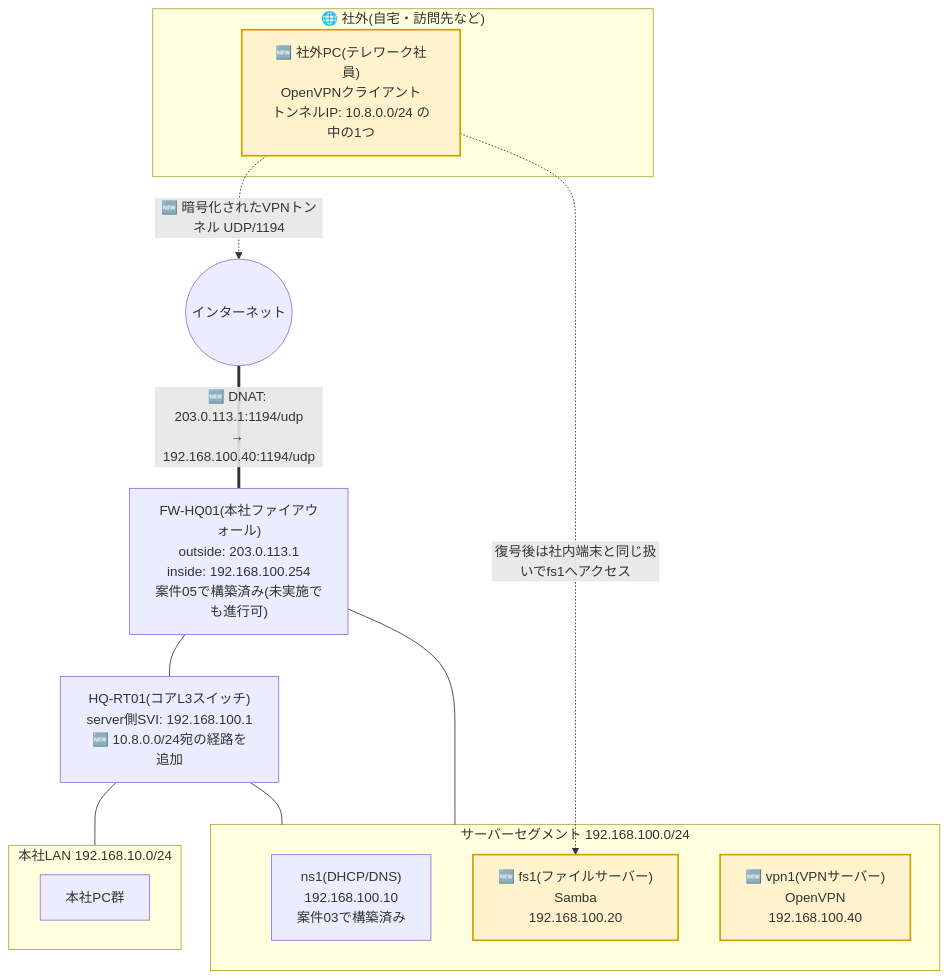
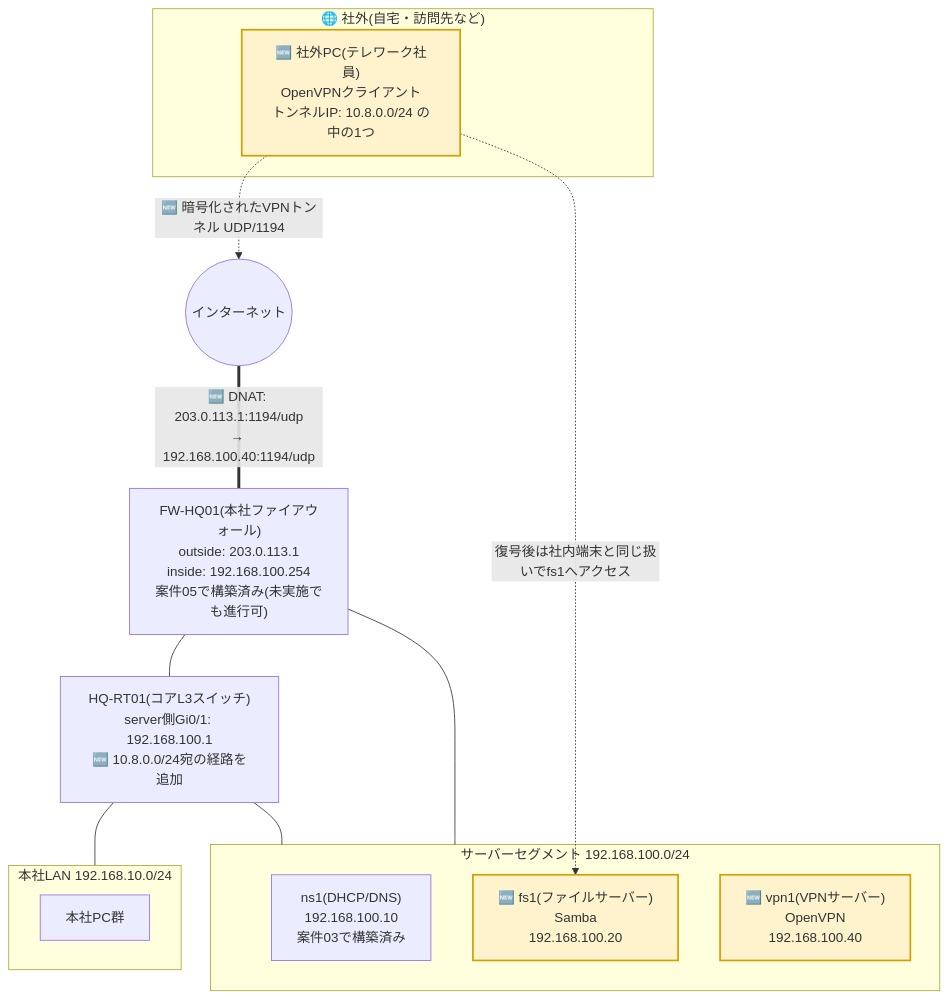
The diagram in projects/case07_file_remote_access/README.md (ns7jp/network), drawn with Mermaid before and after one commit. The commit also changed other lines of this file and 4 other files, not shown here.

````diff
--- a/projects/case07_file_remote_access/README.md
+++ b/projects/case07_file_remote_access/README.md
@@ -94,33 +94,33 @@
 ```mermaid
 graph TB
     subgraph EXT["🌐 社外(自宅・訪問先など)"]
         RC["🆕 社外PC(テレワーク社員)<br/>OpenVPNクライアント<br/>トンネルIP: 10.8.0.0/24 の中の1つ"]
     end
 
     INET((インターネット))
 
     FW["FW-HQ01(本社ファイアウォール)<br/>outside: 203.0.113.1<br/>inside: 192.168.100.254<br/>案件05で構築済み(未実施でも進行可)"]
 
     subgraph SRVSEG["サーバーセグメント 192.168.100.0/24"]
         DHCPDNS["ns1(DHCP/DNS)<br/>192.168.100.10<br/>案件03で構築済み"]
         FS["🆕 fs1(ファイルサーバー)<br/>Samba<br/>192.168.100.20"]
         VPNSV["🆕 vpn1(VPNサーバー)<br/>OpenVPN<br/>192.168.100.40"]
     end
 
-    HQRT["HQ-RT01(コアL3スイッチ)<br/>server側SVI: 192.168.100.1<br/>🆕 10.8.0.0/24宛の経路を追加"]
+    HQRT["HQ-RT01(コアL3スイッチ)<br/>server側Gi0/1: 192.168.100.1<br/>🆕 10.8.0.0/24宛の経路を追加"]
 
     subgraph HQLAN["本社LAN 192.168.10.0/24"]
         PC["本社PC群"]
     end
 
     RC -.->|"🆕 暗号化されたVPNトンネル UDP/1194"| INET
     INET ===|"🆕 DNAT: 203.0.113.1:1194/udp<br/>→ 192.168.100.40:1194/udp"| FW
     FW --- SRVSEG
     FW --- HQRT
     HQRT --- HQLAN
     HQRT --- SRVSEG
     RC -.->|"復号後は社内端末と同じ扱いでfs1へアクセス"| FS
 
     classDef newnode fill:#fff3cd,stroke:#d39e00,stroke-width:2px,color:#333;
     class RC,FS,VPNSV newnode
 ```
````
